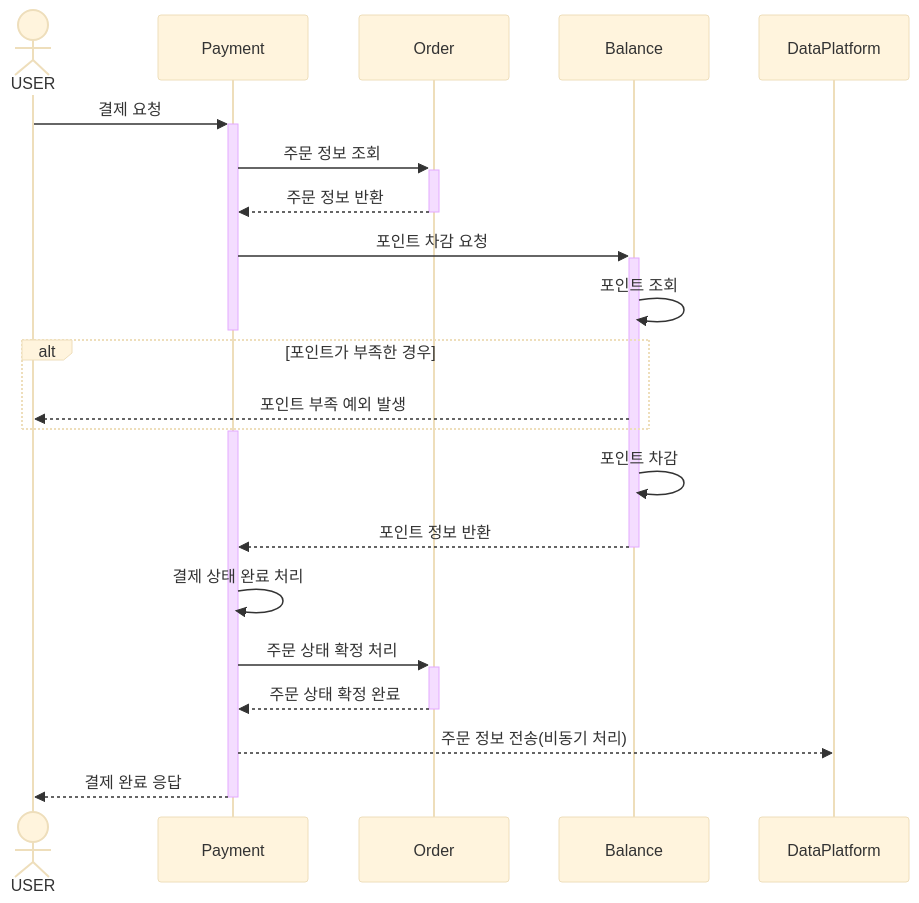
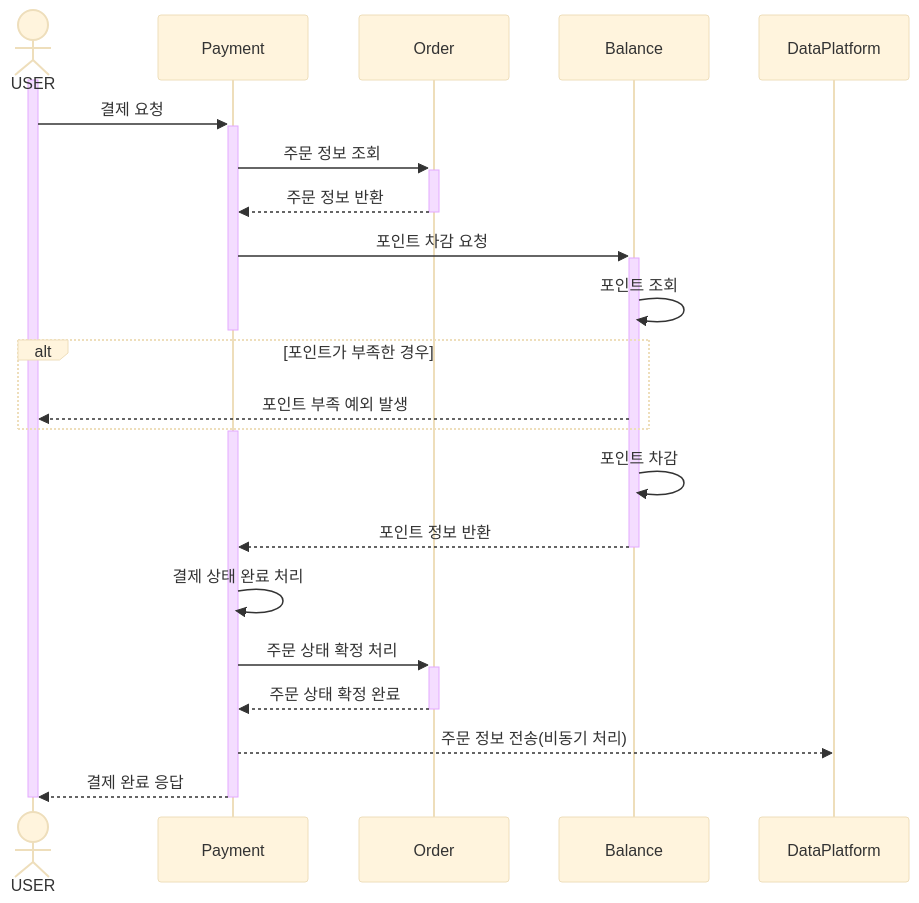
One commit to ch00kh/e-commerce-sercvice changed the fifth of 7 diagrams in docs/requirements-analysis/sequence-diagram.md. Above: the diagram before and after it, drawn with Mermaid (base theme). The commit also changed other lines of this file and 3 other files, not shown here.

````diff
--- a/docs/requirements-analysis/sequence-diagram.md
+++ b/docs/requirements-analysis/sequence-diagram.md
@@ -121,25 +126,28 @@
 ```mermaid
 sequenceDiagram
   actor USER
   participant Payment
   participant Order
   participant Balance
   participant DataPlatform
+  
+  activate USER
   USER ->>+ Payment: 결제 요청
   Payment ->>+ Order: 주문 정보 조회
   Order -->>- Payment: 주문 정보 반환
   Payment ->>+ Balance: 포인트 차감 요청
   Balance ->> Balance: 포인트 조회
   deactivate Payment
   alt 포인트가 부족한 경우
     Balance -->> USER: 포인트 부족 예외 발생
   end
   activate Payment
   Balance ->> Balance: 포인트 차감
   Balance -->>- Payment: 포인트 정보 반환
   Payment ->> Payment: 결제 상태 완료 처리
   Payment ->>+ Order: 주문 상태 확정 처리
   Order -->>- Payment: 주문 상태 확정 완료
   Payment -->> DataPlatform: 주문 정보 전송(비동기 처리)
   Payment -->>- USER: 결제 완료 응답
+  deactivate USER
 ```
````
